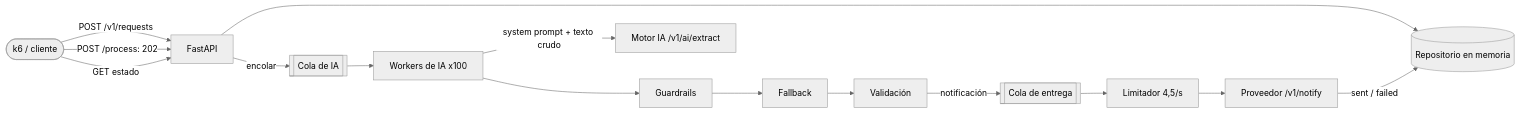
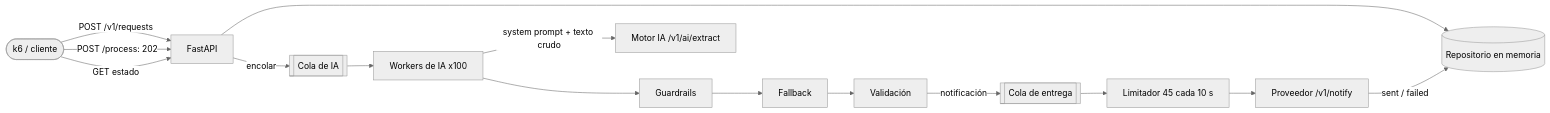
Before and after one commit to kintstoner/intelligent-notification-service: the diagram in README.es.md, drawn with Mermaid (neutral theme). The commit also changed other lines of this file and 10 other files, not shown here.

````diff
--- a/README.es.md
+++ b/README.es.md
@@ -42,14 +42,14 @@
 ```mermaid
 flowchart LR
     client([k6 / cliente]) -->|POST /v1/requests| api[FastAPI]
     client -->|POST /process: 202| api
     client -->|GET estado| api
     api --> repo[(Repositorio en memoria)]
     api -->|encolar| q1[[Cola de IA]]
     q1 --> workers[Workers de IA x100]
     workers -->|system prompt + texto crudo| ai[Motor IA /v1/ai/extract]
     workers --> guard[Guardrails] --> fallback[Fallback] --> valid[Validación]
     valid -->|notificación| q2[[Cola de entrega]]
-    q2 --> limiter[Limitador 4,5/s] --> notify[Proveedor /v1/notify]
+    q2 --> limiter[Limitador 45 cada 10 s] --> notify[Proveedor /v1/notify]
     notify -->|sent / failed| repo
 ```
````
